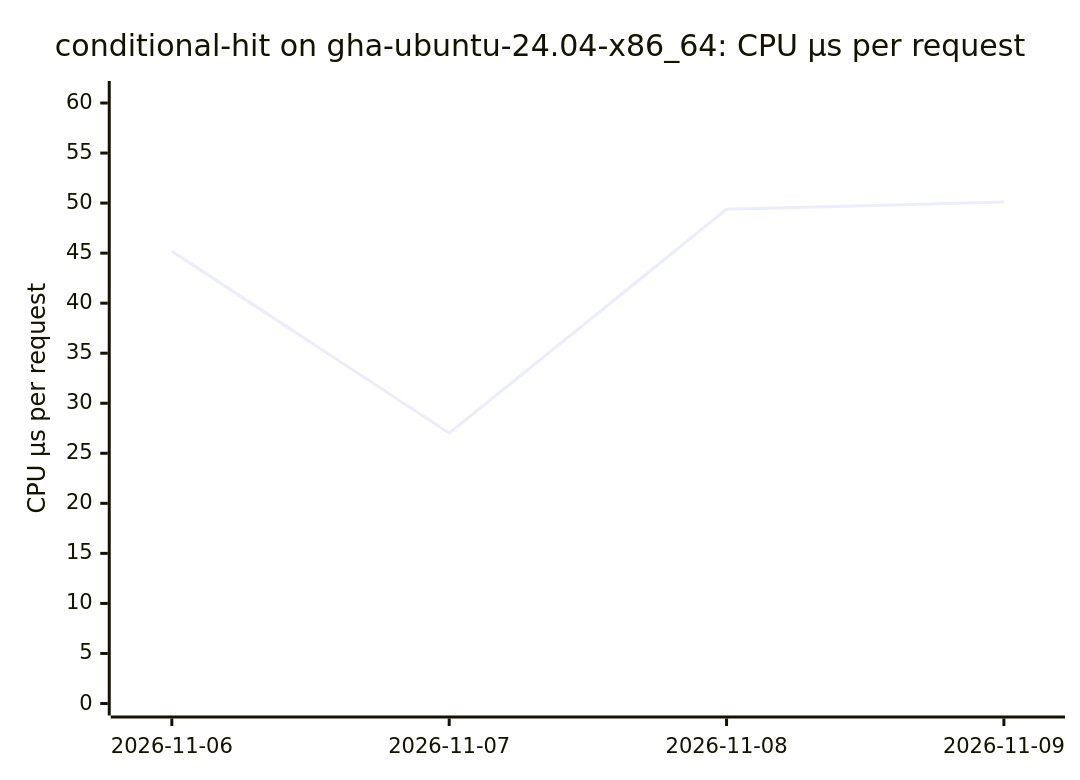
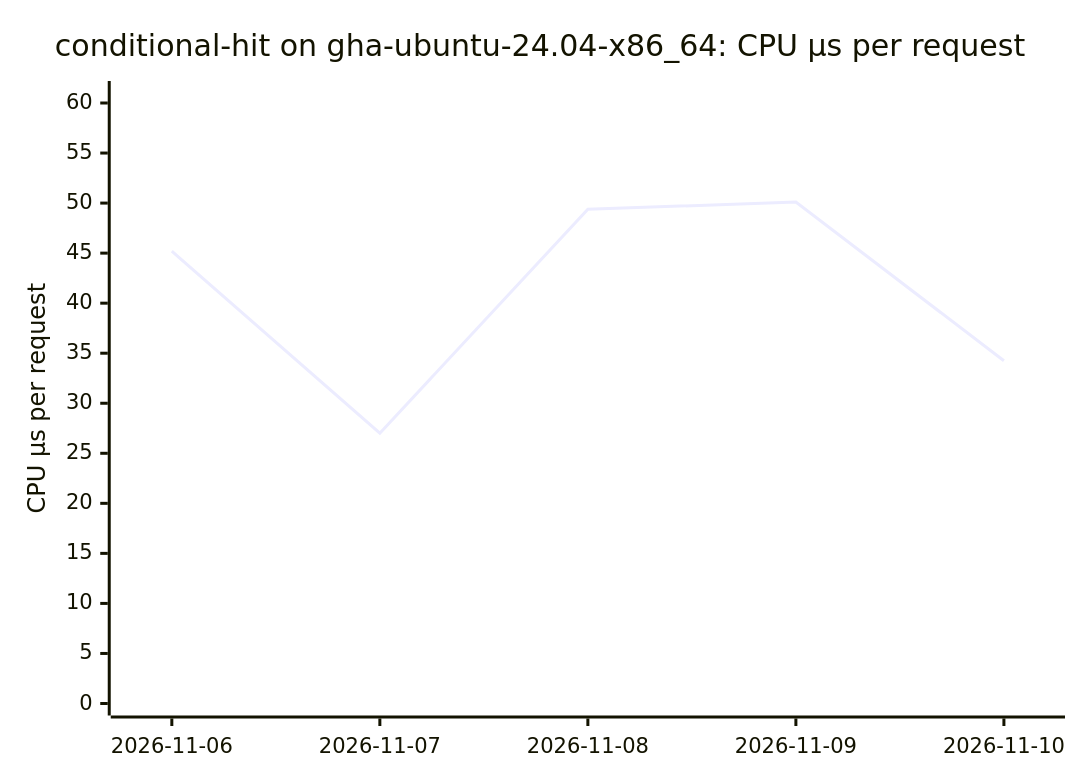
One commit to ThePixelPilgrim/durchlauferhitzer changed the eighth of 18 diagrams in BENCHMARKS.md. Above: the diagram before and after it, drawn with Mermaid. The commit also changed other lines of this file and 1 other file, not shown here.

````diff
--- a/BENCHMARKS.md
+++ b/BENCHMARKS.md
@@ -96,7 +96,7 @@
 ```mermaid
 xychart-beta
   title "conditional-hit on gha-ubuntu-24.04-x86_64: CPU µs per request"
-  x-axis ["2026-11-06", "2026-11-07", "2026-11-08", "2026-11-09"]
+  x-axis ["2026-11-06", "2026-11-07", "2026-11-08", "2026-11-09", "2026-11-10"]
   y-axis "CPU µs per request" 0 --> 61
-  line [45.19, 27.01, 49.38, 50.10]
+  line [45.19, 27.01, 49.38, 50.10, 34.25]
 ```
````
